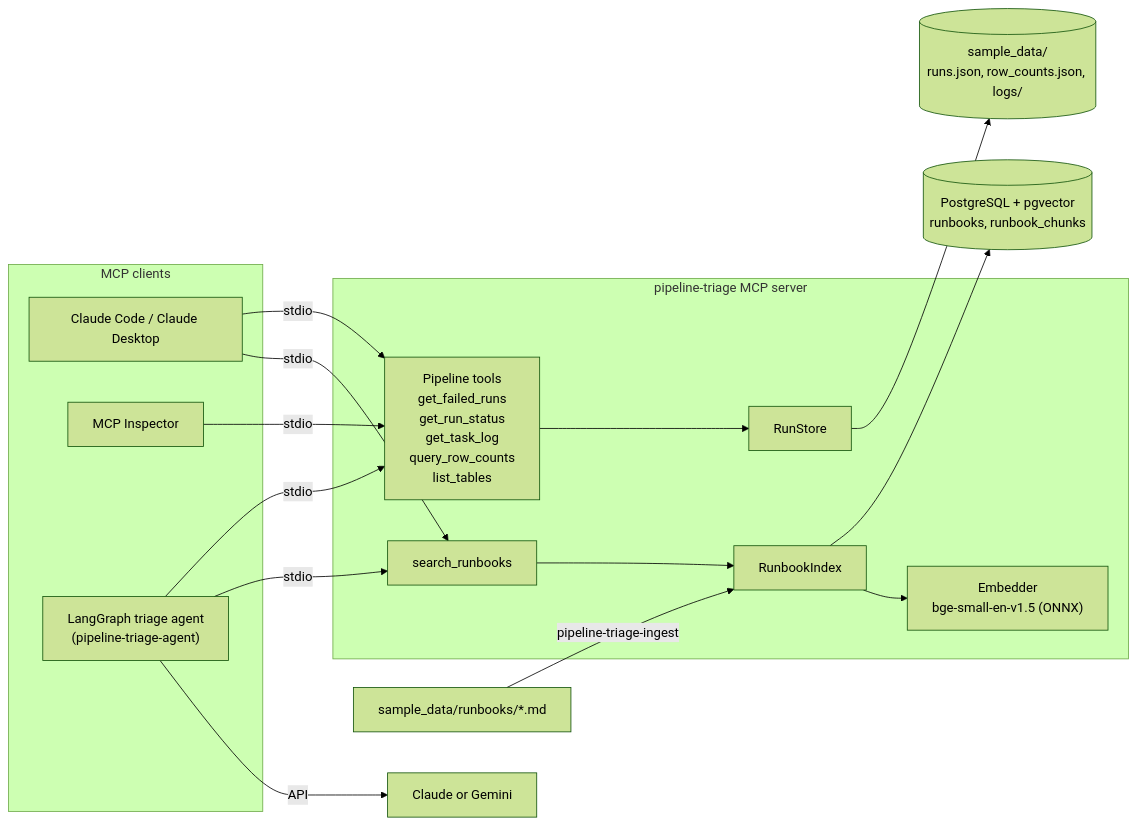
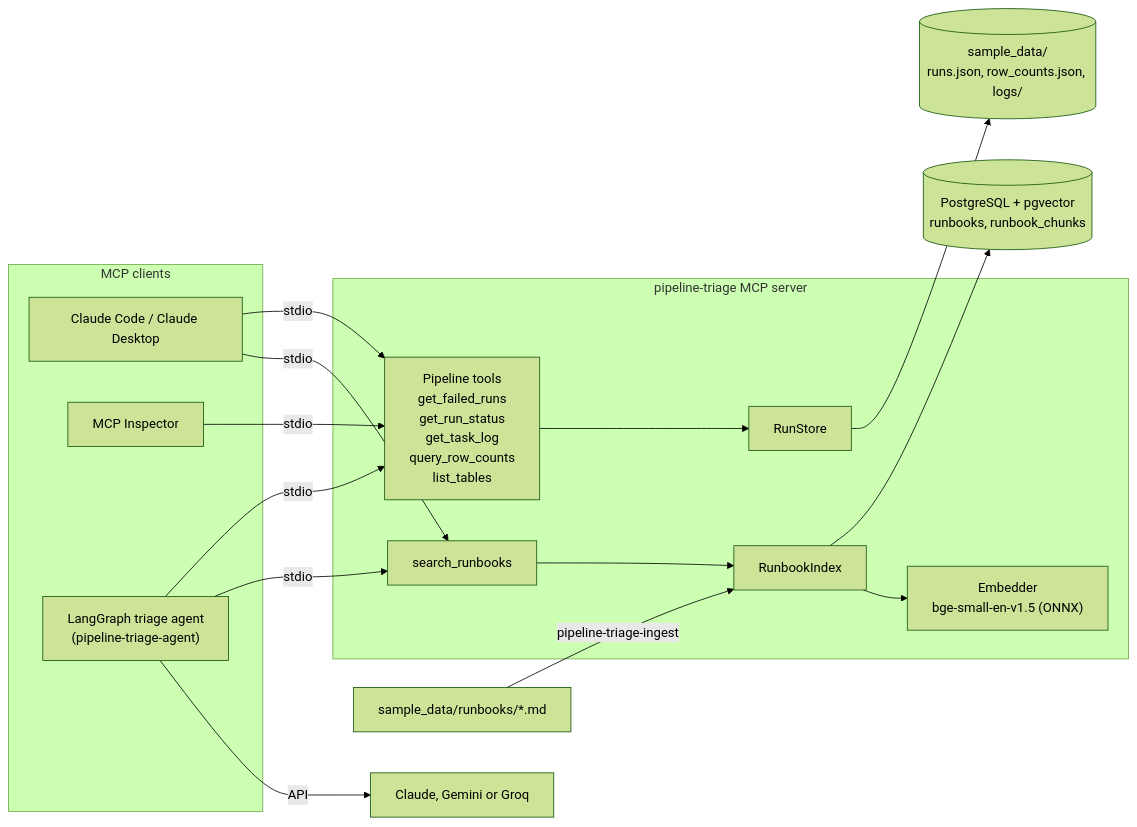
One commit to RiverburnCruiser/pipeline-triage-agent changed the first of 2 diagrams in README.md. Above: the diagram before and after it, drawn with Mermaid (forest theme). The commit also changed other lines of this file and 9 other files, not shown here.

````diff
--- a/README.md
+++ b/README.md
@@ -30,31 +30,31 @@
 ```mermaid
 flowchart LR
     subgraph clients[MCP clients]
         CC[Claude Code / Claude Desktop]
         INS[MCP Inspector]
         AG["LangGraph triage agent<br/>(pipeline-triage-agent)"]
     end
 
     subgraph server[pipeline-triage MCP server]
         T[Pipeline tools<br/>get_failed_runs<br/>get_run_status<br/>get_task_log<br/>query_row_counts<br/>list_tables]
         R[search_runbooks]
         S[RunStore]
         I[RunbookIndex]
         E["Embedder<br/>bge-small-en-v1.5 (ONNX)"]
     end
 
     D[("sample_data/<br/>runs.json, row_counts.json, logs/")]
     PG[("PostgreSQL + pgvector<br/>runbooks, runbook_chunks")]
     MD["sample_data/runbooks/*.md"]
 
     CC -- stdio --> T
     CC -- stdio --> R
     INS -- stdio --> T
     AG -- stdio --> T
     AG -- stdio --> R
-    AG -- API --> CL[Claude or Gemini]
+    AG -- API --> CL[Claude, Gemini or Groq]
     T --> S --> D
     R --> I --> PG
     I --> E
     MD -- pipeline-triage-ingest --> I
 ```
````
